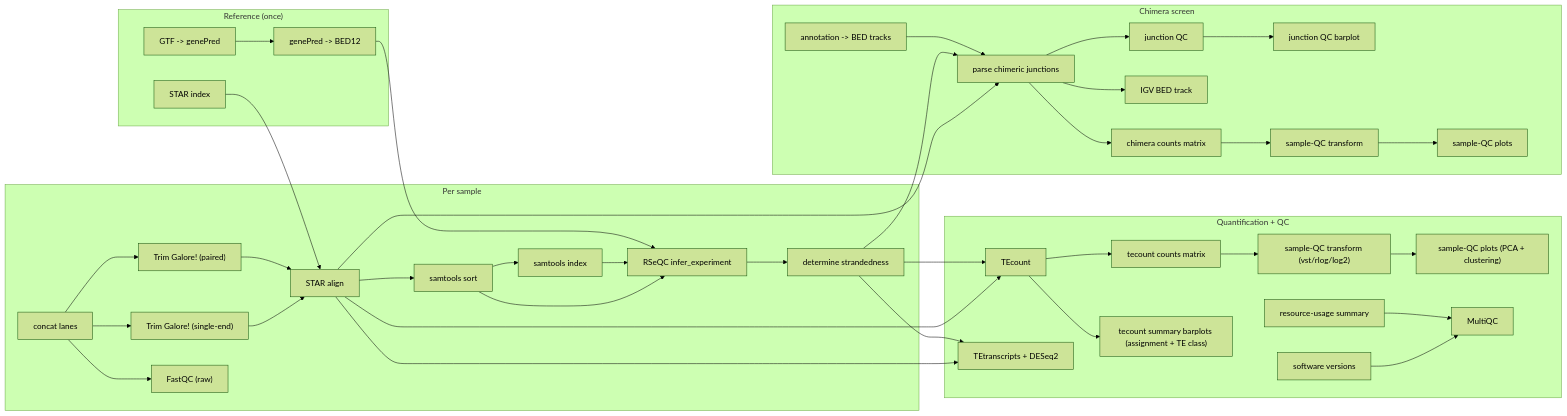
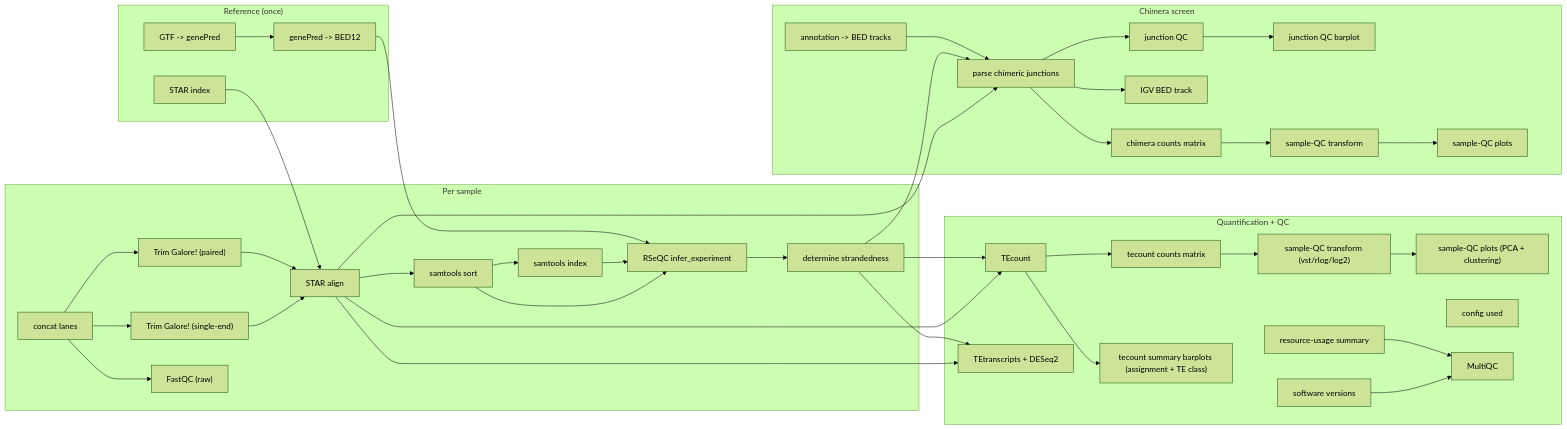
The first of 2 diagrams in README.md (altintasali/TEtranscripts-pipe), drawn with Mermaid (forest theme) before and after one commit. The commit also changed other lines of this file and 10 other files, not shown here.

Commit message:
Fix CI: rename _io to avoid builtin collision, fix symlink ordering, update flowchart

````diff
--- a/README.md
+++ b/README.md
@@ -10,72 +13,73 @@
 ```mermaid
 flowchart LR
     subgraph reference_once["Reference (once)"]
         star_index["STAR index"]
         gtf_to_genepred["GTF -> genePred"]
         genepred_to_bed12["genePred -> BED12"]
     end
     subgraph per_sample["Per sample"]
         cat_fastq["concat lanes"]
         trim_galore_pe["Trim Galore! (paired)"]
         trim_galore_se["Trim Galore! (single-end)"]
         star_align["STAR align"]
         samtools_sort["samtools sort"]
         samtools_index["samtools index"]
         fastqc_raw["FastQC (raw)"]
         rseqc_infer_experiment["RSeQC infer_experiment"]
         determine_strandedness["determine strandedness"]
     end
     subgraph quantification_qc["Quantification + QC"]
         tecount["TEcount"]
         tetranscripts_diffexp["TEtranscripts + DESeq2"]
         tecount_counts["tecount counts matrix"]
         tecount_qc_transform["sample-QC transform (vst/rlog/log2)"]
         tecount_qc["sample-QC plots (PCA + clustering)"]
         tecount_summary["tecount summary barplots (assignment + TE class)"]
         software_versions["software versions"]
+        config_used["config used"]
         benchmark_summary["resource-usage summary"]
         multiqc["MultiQC"]
     end
     subgraph chimera_screen["Chimera screen"]
         annotation_to_bed["annotation -> BED tracks"]
         parse_chimeric_junctions["parse chimeric junctions"]
         junction_qc["junction QC"]
         junction_qc_barplot["junction QC barplot"]
         chimera_igv_bed["IGV BED track"]
         chimera_counts["chimera counts matrix"]
         sample_qc_transform["sample-QC transform"]
         sample_qc["sample-QC plots"]
     end
     annotation_to_bed --> parse_chimeric_junctions
     benchmark_summary --> multiqc
     cat_fastq --> fastqc_raw
     cat_fastq --> trim_galore_pe
     cat_fastq --> trim_galore_se
     chimera_counts --> sample_qc_transform
     determine_strandedness --> parse_chimeric_junctions
     determine_strandedness --> tecount
     determine_strandedness --> tetranscripts_diffexp
     genepred_to_bed12 --> rseqc_infer_experiment
     gtf_to_genepred --> genepred_to_bed12
     junction_qc --> junction_qc_barplot
     parse_chimeric_junctions --> chimera_counts
     parse_chimeric_junctions --> chimera_igv_bed
     parse_chimeric_junctions --> junction_qc
     rseqc_infer_experiment --> determine_strandedness
     sample_qc_transform --> sample_qc
     samtools_index --> rseqc_infer_experiment
     samtools_sort --> rseqc_infer_experiment
     samtools_sort --> samtools_index
     software_versions --> multiqc
     star_align --> parse_chimeric_junctions
     star_align --> samtools_sort
     star_align --> tecount
     star_align --> tetranscripts_diffexp
     star_index --> star_align
     tecount --> tecount_counts
     tecount --> tecount_summary
     tecount_counts --> tecount_qc_transform
     tecount_qc_transform --> tecount_qc
     trim_galore_pe --> star_align
     trim_galore_se --> star_align
 ```
````
